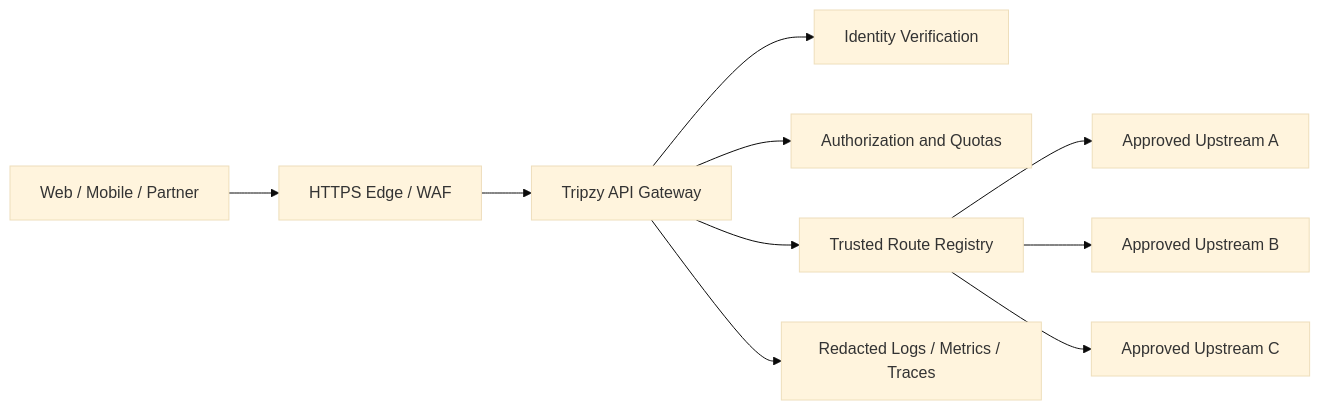
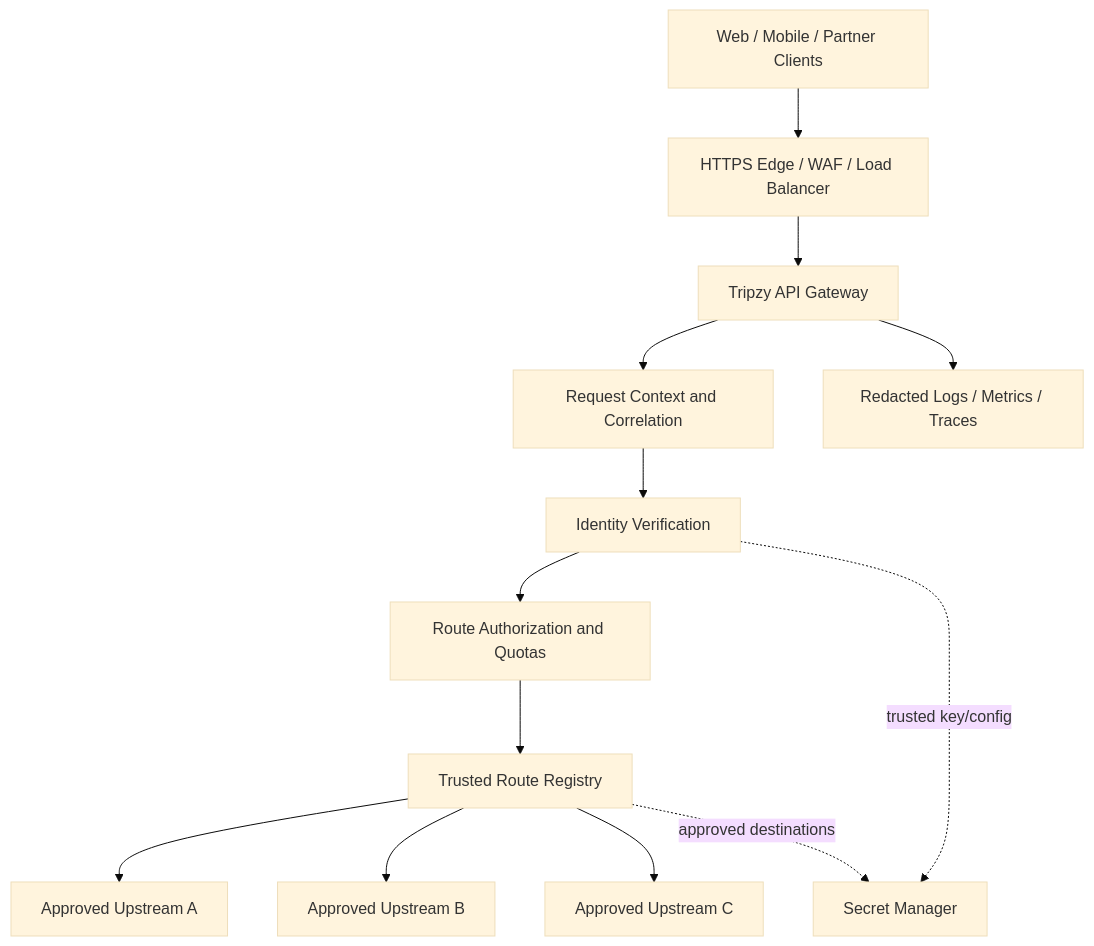
The first of 5 diagrams in README.md (Brajesh31/API-Gateway-Tripzy), drawn with Mermaid (base theme) before and after one commit. The commit also changed other lines of this file, not shown here.

Commit message:
docs: rebuild README with visible badges and detailed architecture

````diff
--- a/README.md
+++ b/README.md
@@ -76,12 +158,27 @@
 ```mermaid
-flowchart LR
-  Client[Web / Mobile / Partner] --> Edge[HTTPS Edge / WAF]
-  Edge --> Gateway[Tripzy API Gateway]
-  Gateway --> Identity[Identity Verification]
-  Gateway --> Policy[Authorization and Quotas]
-  Gateway --> Registry[Trusted Route Registry]
-  Registry --> A[Approved Upstream A]
-  Registry --> B[Approved Upstream B]
-  Registry --> C[Approved Upstream C]
-  Gateway --> Telemetry[Redacted Logs / Metrics / Traces]
+flowchart TB
+    Client["Web / Mobile / Partner Clients"]
+    Edge["HTTPS Edge / WAF / Load Balancer"]
+    Gateway["Tripzy API Gateway"]
+    Context["Request Context and Correlation"]
+    Auth["Identity Verification"]
+    Policy["Route Authorization and Quotas"]
+    Registry["Trusted Route Registry"]
+    S1["Approved Upstream A"]
+    S2["Approved Upstream B"]
+    S3["Approved Upstream C"]
+    Telemetry["Redacted Logs / Metrics / Traces"]
+    Secrets["Secret Manager"]
+
+    Client --> Edge --> Gateway
+    Gateway --> Context
+    Context --> Auth
+    Auth --> Policy
+    Policy --> Registry
+    Registry --> S1
+    Registry --> S2
+    Registry --> S3
+    Gateway --> Telemetry
+    Auth -. trusted key/config .-> Secrets
+    Registry -. approved destinations .-> Secrets
 ```
````
